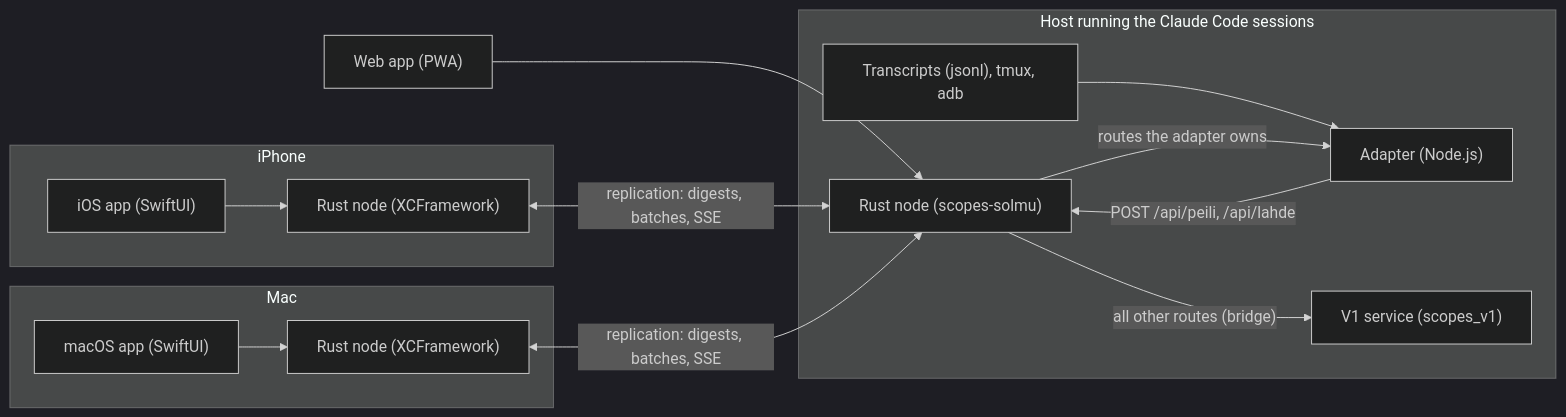
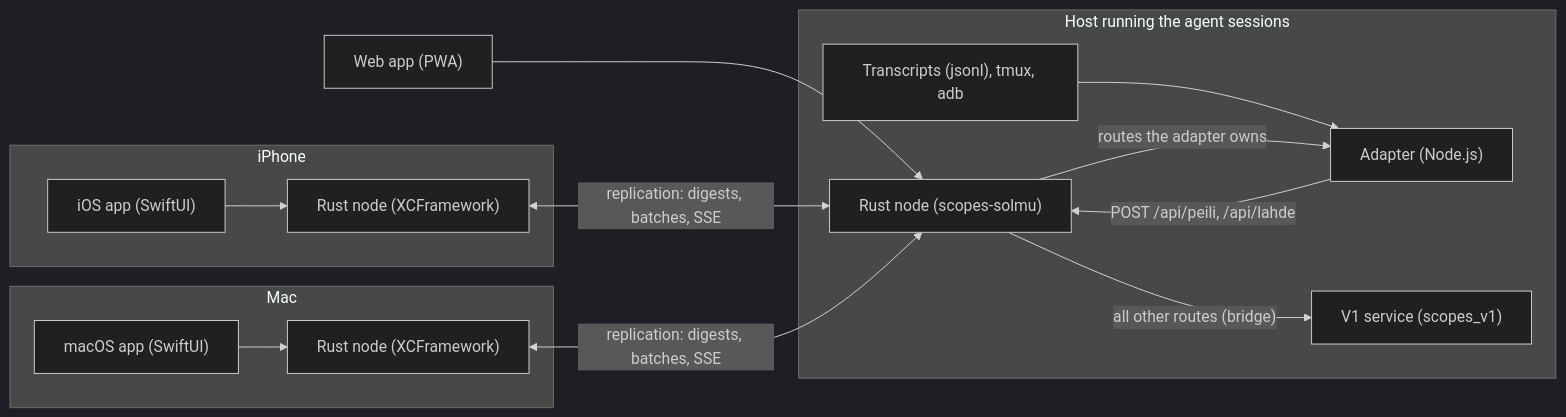
One commit to Rolppe/scopes_v2 changed the diagram in README.md. Above: the diagram before and after it, drawn with Mermaid (dark theme). The commit also changed other lines of this file and 3 other files, not shown here.

````diff
--- a/README.md
+++ b/README.md
@@ -32,18 +32,18 @@
 ```mermaid
 flowchart LR
     subgraph Phone["iPhone"]
         IA["iOS app (SwiftUI)"] --> IN["Rust node (XCFramework)"]
     end
     subgraph Mac["Mac"]
         MA["macOS app (SwiftUI)"] --> MN["Rust node (XCFramework)"]
     end
-    subgraph Host["Host running the Claude Code sessions"]
+    subgraph Host["Host running the agent sessions"]
         T["Transcripts (jsonl), tmux, adb"] --> AD["Adapter (Node.js)"]
         AD -- "POST /api/peili, /api/lahde" --> HN["Rust node (scopes-solmu)"]
         HN -- "routes the adapter owns" --> AD
         HN -- "all other routes (bridge)" --> V1["V1 service (scopes_v1)"]
     end
     W["Web app (PWA)"] --> HN
     IN <-- "replication: digests, batches, SSE" --> HN
     MN <-- "replication: digests, batches, SSE" --> HN
 ```
````
